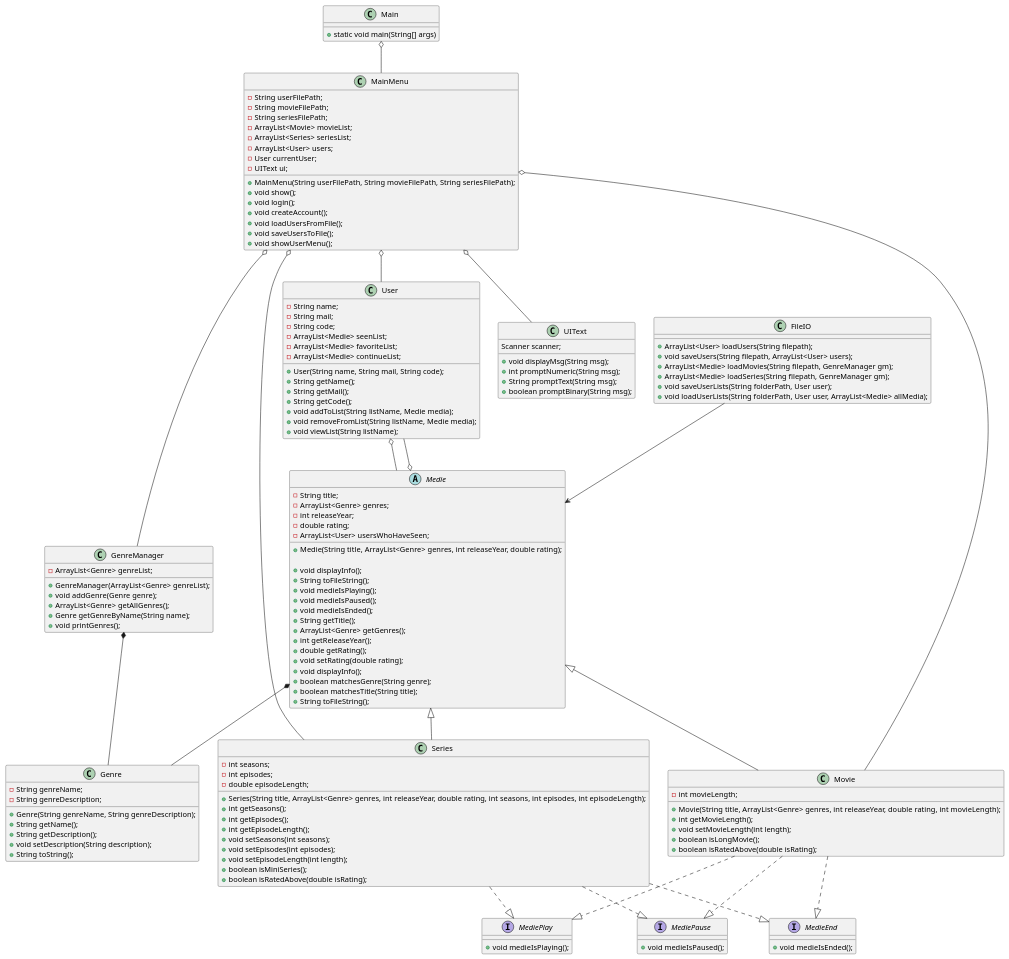
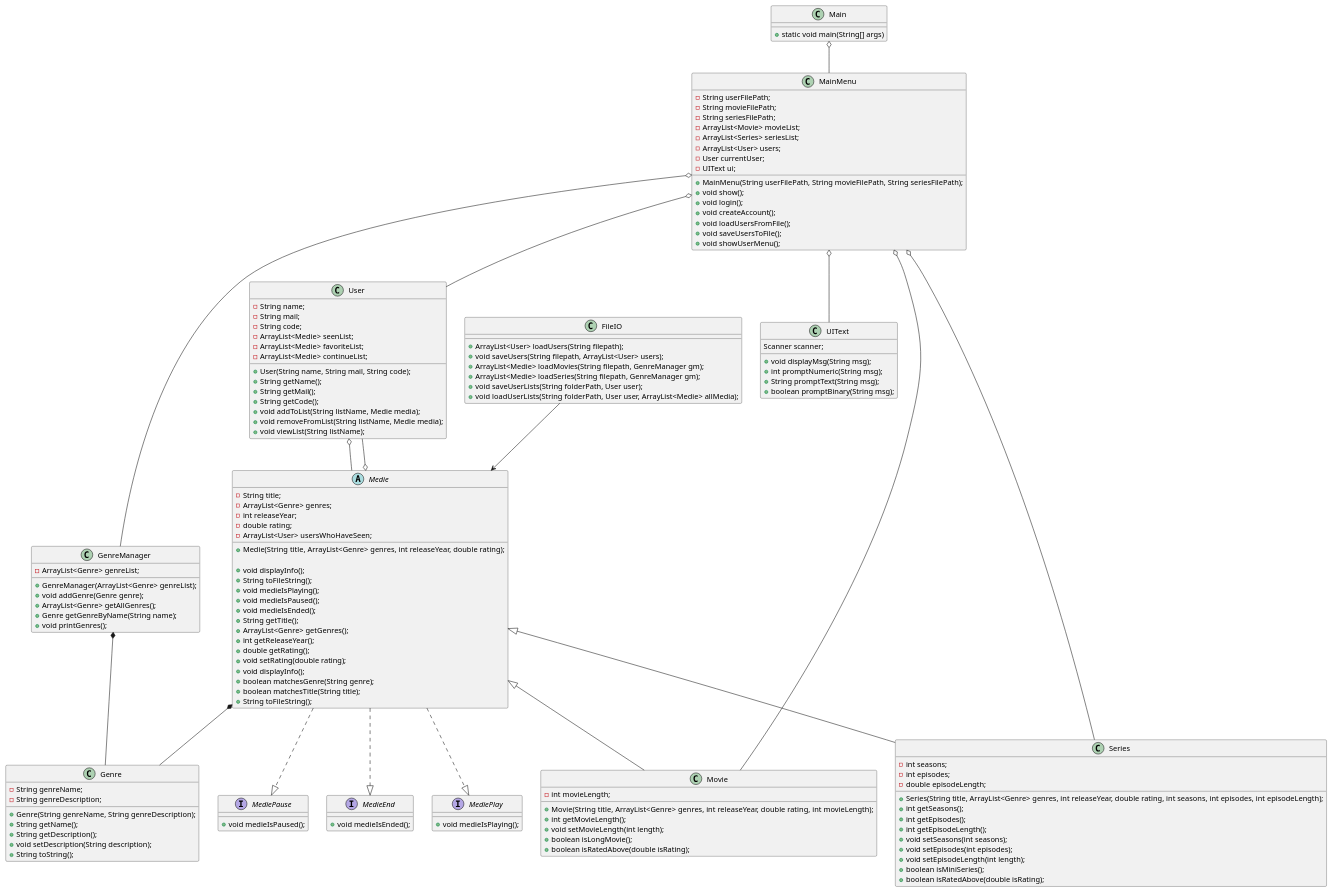
Before and after one commit to KhattabE/SP3: the diagram in doc/classdiagram_v1.puml, drawn with PlantUML. The commit also changed 3 other files, not shown here.

```diff
--- a/doc/classdiagram_v1.puml
+++ b/doc/classdiagram_v1.puml
@@ -1,172 +1,168 @@
 @startuml
 'https://plantuml.com/class-diagram
 
 class Main{
     +static void main(String[] args)
 }
 
 
 
 class MainMenu {
     -String userFilePath;
     -String movieFilePath;
     -String seriesFilePath;
     + MainMenu(String userFilePath, String movieFilePath, String seriesFilePath);
     -ArrayList<Movie> movieList;
     -ArrayList<Series> seriesList;
     -ArrayList<User> users;
     -User currentUser;
     -UIText ui;
 
     +void show();
     +void login();
     +void createAccount();
     +void loadUsersFromFile();
     +void saveUsersToFile();
     +void showUserMenu();
 }
 
 class UIText {
         Scanner scanner;
         +void displayMsg(String msg);
         +int promptNumeric(String msg);
         +String promptText(String msg);
         +boolean promptBinary(String msg);
 }
 
 class FileIO {
     +ArrayList<User> loadUsers(String filepath);
     +void saveUsers(String filepath, ArrayList<User> users);
     +ArrayList<Medie> loadMovies(String filepath, GenreManager gm);
     +ArrayList<Medie> loadSeries(String filepath, GenreManager gm);
     +void saveUserLists(String folderPath, User user);
     +void loadUserLists(String folderPath, User user, ArrayList<Medie> allMedia);
 }
 
 interface MediePlay {
     +void medieIsPlaying();
 }
 
 interface MediePause {
     +void medieIsPaused();
 }
 
 interface MedieEnd {
     +void medieIsEnded();
 }
 
 abstract class Medie {
     -String title;
     -ArrayList<Genre> genres;
     -int releaseYear;
     -double rating;
     -ArrayList<User> usersWhoHaveSeen;
 
     +Medie(String title, ArrayList<Genre> genres, int releaseYear, double rating);
 
     +void displayInfo();
     +String toFileString();
     +void medieIsPlaying();
     +void medieIsPaused();
     +void medieIsEnded();
     +String getTitle();
     +ArrayList<Genre> getGenres();
     +int getReleaseYear();
     +double getRating();
     +void setRating(double rating);
     +void displayInfo();
     +boolean matchesGenre(String genre);
     +boolean matchesTitle(String title);
     +String toFileString();
 }
 class Movie {
     -int movieLength;
 
     +Movie(String title, ArrayList<Genre> genres, int releaseYear, double rating, int movieLength);
     +int getMovieLength();
     +void setMovieLength(int length);
     +boolean isLongMovie();
     +boolean isRatedAbove(double isRating);
 }
 
 class Series {
     -int seasons;
     -int episodes;
     -double episodeLength;
     +Series(String title, ArrayList<Genre> genres, int releaseYear, double rating, int seasons, int episodes, int episodeLength);
     +int getSeasons();
     +int getEpisodes();
     +int getEpisodeLength();
     +void setSeasons(int seasons);
     +void setEpisodes(int episodes);
     +void setEpisodeLength(int length);
     +boolean isMiniSeries();
     +boolean isRatedAbove(double isRating);
 }
 
 class User {
     -String name;
     -String mail;
     -String code;
     -ArrayList<Medie> seenList;
     -ArrayList<Medie> favoriteList;
     -ArrayList<Medie> continueList;
     +User(String name, String mail, String code);
     +String getName();
     +String getMail();
     +String getCode();
     +void addToList(String listName, Medie media);
     +void removeFromList(String listName, Medie media);
     +void viewList(String listName);
 }
 
 class Genre {
     -String genreName;
     -String genreDescription;
     +Genre(String genreName, String genreDescription);
     +String getName();
     +String getDescription();
     +void setDescription(String description);
     +String toString();
 }
 
 class GenreManager {
     -ArrayList<Genre> genreList;
     +GenreManager(ArrayList<Genre> genreList);
     +void addGenre(Genre genre);
     +ArrayList<Genre> getAllGenres();
     +Genre getGenreByName(String name);
     +void printGenres();
 }
 
 ' IS-A relationships
 Medie <|-- Movie
 Medie <|-- Series
 
-Movie ..|> MediePlay
-Movie ..|> MediePause
-Movie ..|> MedieEnd
-
-Series ..|> MediePlay
-Series ..|> MediePause
-Series ..|> MedieEnd
+Medie ..|> MediePlay
+Medie ..|> MediePause
+Medie ..|> MedieEnd
 
 ' HAS-A relationships
 MainMenu o-- User
 MainMenu o-- UIText
 MainMenu o-- Movie
 MainMenu o-- Series
 MainMenu o-- GenreManager
 
 User o-- Medie
 Medie *-- Genre
 Medie o-- User
 
 GenreManager *-- Genre
 
 FileIO --> Medie
 Main o-- MainMenu
 
 
 
 @enduml
```
